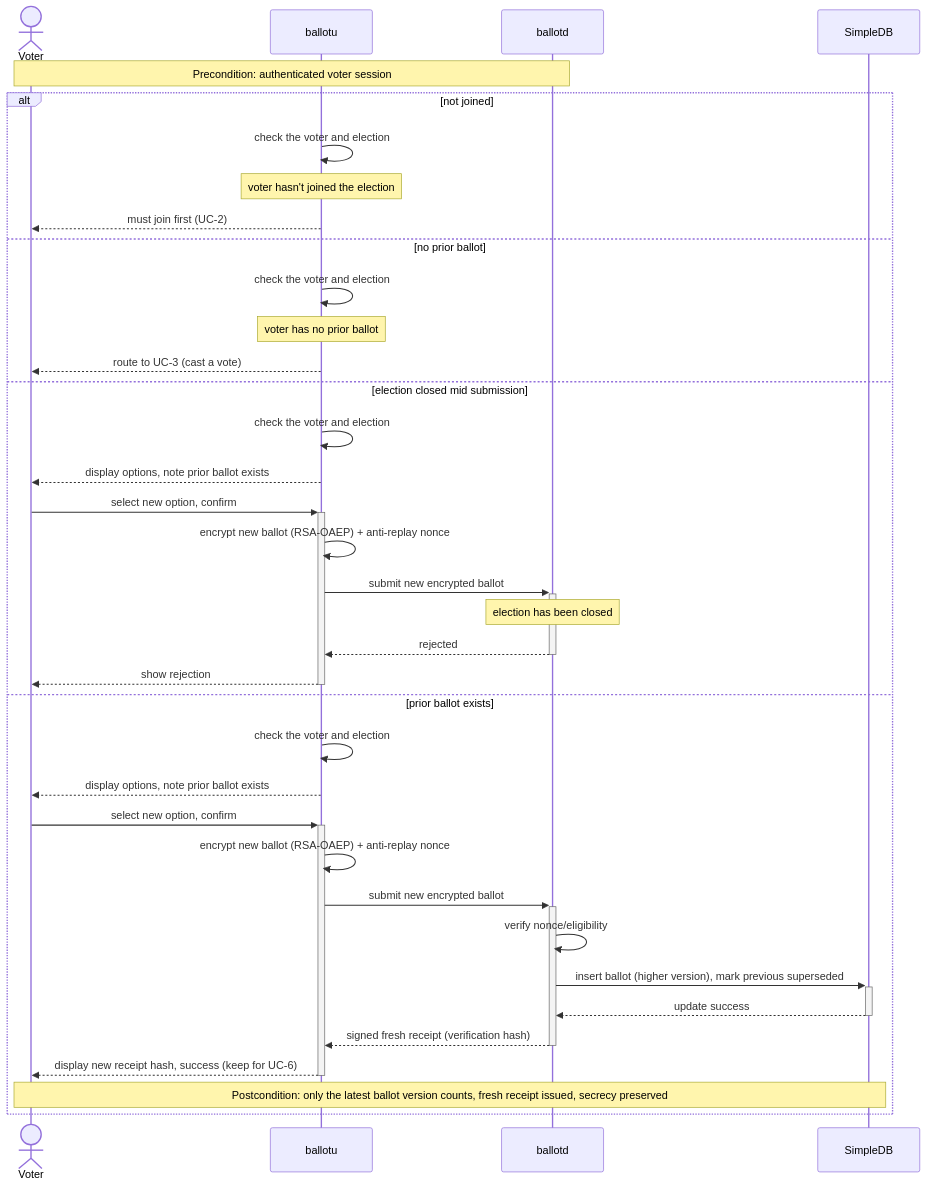
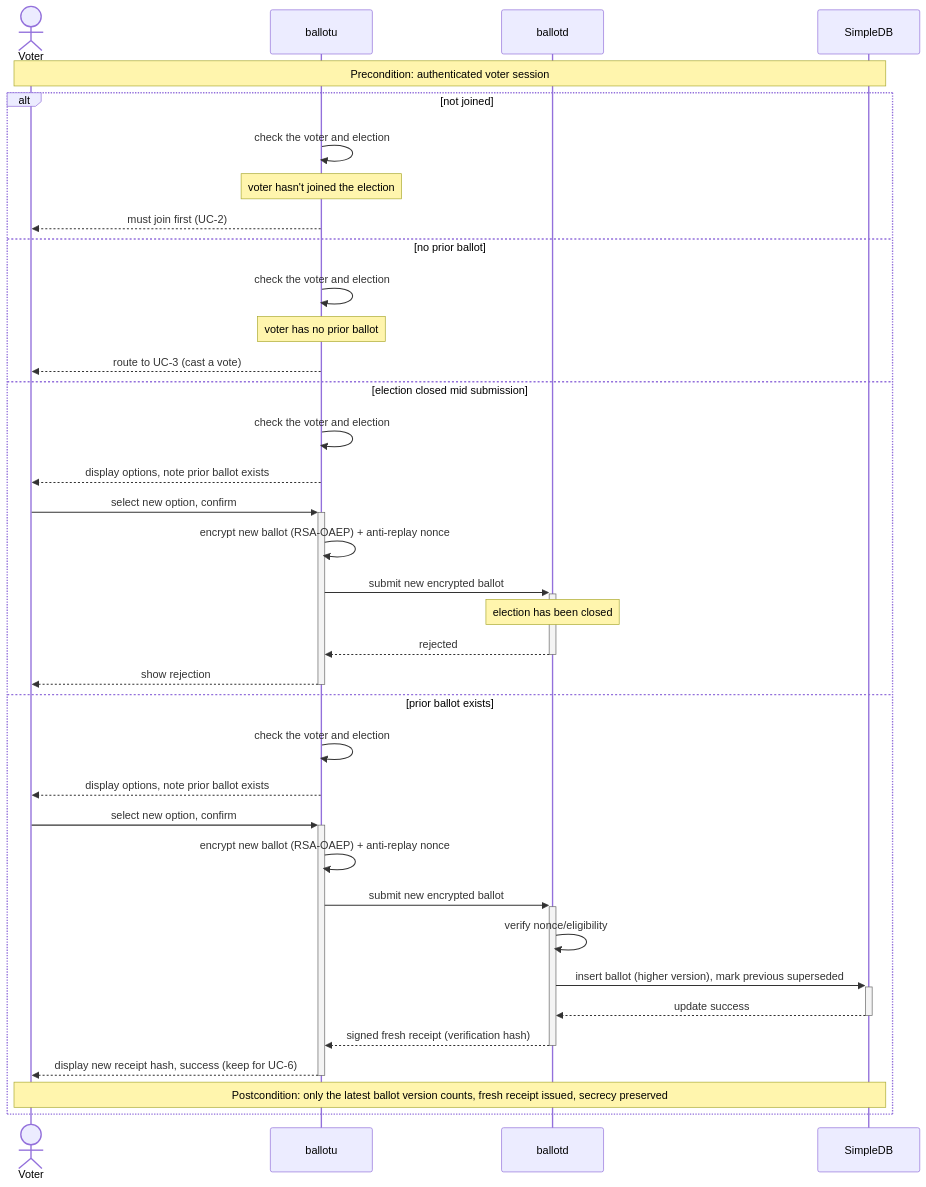
Before and after one commit to JediNakDev/ballotbox: the fifth of 11 diagrams in README.md, drawn with Mermaid. The commit also changed other lines of this file, not shown here.

````diff
--- a/README.md
+++ b/README.md
@@ -281,40 +281,40 @@
 ```mermaid
 sequenceDiagram
     actor Voter
     participant ballotu
     participant ballotd
     participant SimpleDB
 
-    note over Voter,ballotd: Precondition: authenticated voter session
+    note over Voter, SimpleDB: Precondition: authenticated voter session
 
     alt not joined
         ballotu->>ballotu: check the voter and election
         note over ballotu: voter hasn't joined the election
         ballotu-->>Voter: must join first (UC-2)
     else no prior ballot
         ballotu->>ballotu: check the voter and election
         note over ballotu: voter has no prior ballot
         ballotu-->>Voter: route to UC-3 (cast a vote)
     else election closed mid submission
         ballotu->>ballotu: check the voter and election
         ballotu-->>Voter: display options, note prior ballot exists
         Voter->>+ballotu: select new option, confirm
         ballotu->>ballotu: encrypt new ballot (RSA-OAEP) + anti-replay nonce
         ballotu->>+ballotd: submit new encrypted ballot
         note over ballotd: election has been closed
         ballotd-->>-ballotu: rejected
         ballotu-->>-Voter: show rejection
     else prior ballot exists
         ballotu->>ballotu: check the voter and election
         ballotu-->>Voter: display options, note prior ballot exists
         Voter->>+ballotu: select new option, confirm
         ballotu->>ballotu: encrypt new ballot (RSA-OAEP) + anti-replay nonce
         ballotu->>+ballotd: submit new encrypted ballot
         ballotd->>ballotd: verify nonce/eligibility
         ballotd->>+SimpleDB: insert ballot (higher version), mark previous superseded
         SimpleDB-->>-ballotd: update success
         ballotd-->>-ballotu: signed fresh receipt (verification hash)
         ballotu-->>-Voter: display new receipt hash, success (keep for UC-6)
         note over Voter,SimpleDB: Postcondition: only the latest ballot version counts, fresh receipt issued, secrecy preserved
     end
 ```
````
